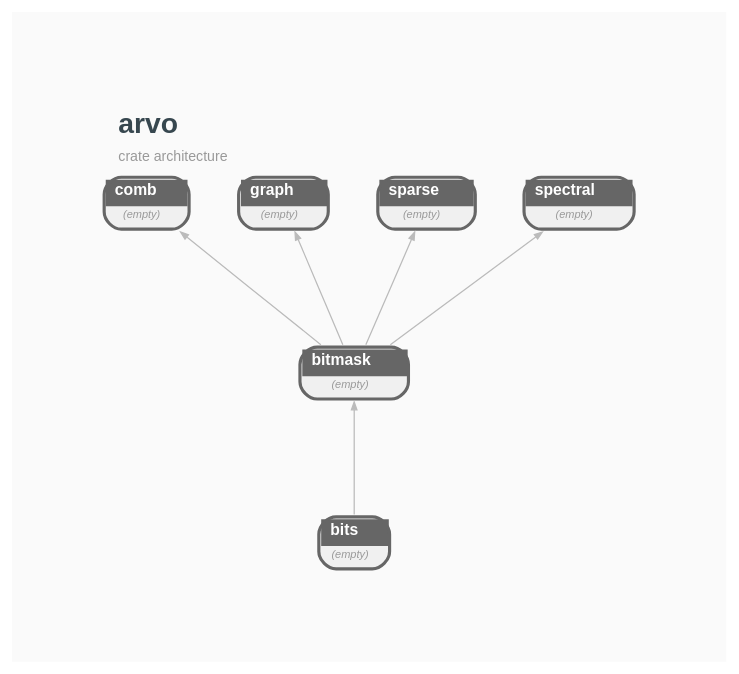
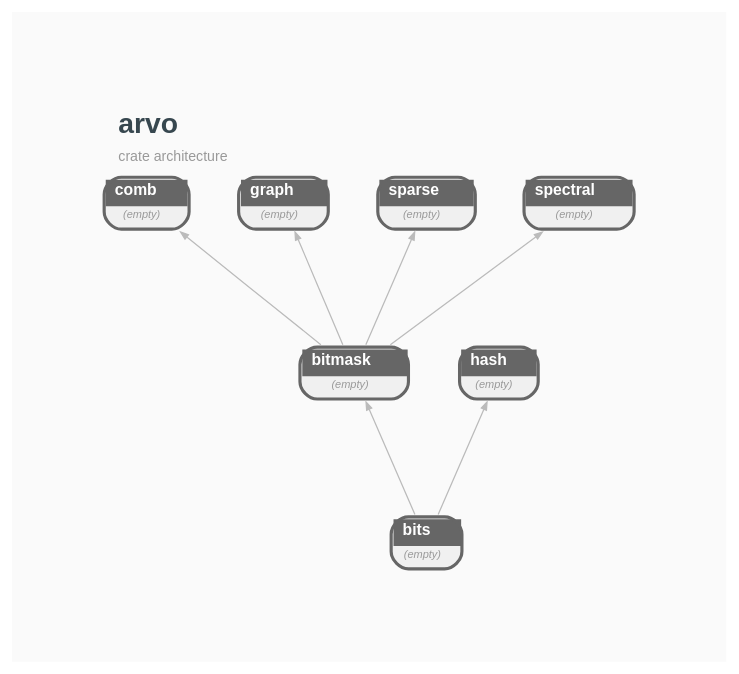
The diagram in docs/STRUCTURE.GRAPH.dot (orgrinrt/arvo), drawn with Graphviz before and after one commit. The commit also changed 162 other files, not shown here.

```diff
--- a/docs/STRUCTURE.GRAPH.dot
+++ b/docs/STRUCTURE.GRAPH.dot
@@ -1,39 +1,41 @@
 // AUTO-GENERATED — DO NOT EDIT DIRECTLY
 //
 // Generated by: mockspace (mock)
-// Generated at: 2026-04-20T09:01:46Z
+// Generated at: 2026-04-20T18:55:06Z
 // Source: mock/
 // To regenerate: cargo mock
 
 digraph arvo {
     rankdir=BT;
     newrank=true;
     bgcolor="#FAFAFA";
     graph [fontname="Helvetica", fontsize=10, pad=0.8, nodesep=0.4, ranksep=1.0];
     node [fontname="Helvetica", fontsize=8];
     edge [fontname="Helvetica", fontsize=7, color="#BBBBBB", arrowsize=0.5, penwidth=0.8];
 
     labelloc=t;
     labeljust=l;
     label=<<TABLE BORDER="0" CELLBORDER="0" CELLSPACING="0"><TR><TD ALIGN="LEFT"><FONT POINT-SIZE="18" COLOR="#37474F"><B>arvo</B></FONT></TD></TR><TR><TD ALIGN="LEFT"><FONT POINT-SIZE="9" COLOR="#999999">crate architecture</FONT></TD></TR></TABLE>>;
 
     arvo_bitmask [shape=none, margin=0, label=<<TABLE BORDER="2" CELLBORDER="0" CELLSPACING="0" CELLPADDING="3" BGCOLOR="#F0F0F0" COLOR="#666666" STYLE="ROUNDED"><TR><TD COLSPAN="2" BGCOLOR="#666666" ALIGN="CENTER"><FONT COLOR="white" POINT-SIZE="10"><B>  bitmask  </B></FONT></TD></TR><TR><TD COLSPAN="2"><FONT COLOR="#999999" POINT-SIZE="7"><I>(empty)</I></FONT></TD></TR></TABLE>>];
     arvo_bits [shape=none, margin=0, label=<<TABLE BORDER="2" CELLBORDER="0" CELLSPACING="0" CELLPADDING="3" BGCOLOR="#F0F0F0" COLOR="#666666" STYLE="ROUNDED"><TR><TD COLSPAN="2" BGCOLOR="#666666" ALIGN="CENTER"><FONT COLOR="white" POINT-SIZE="10"><B>  bits  </B></FONT></TD></TR><TR><TD COLSPAN="2"><FONT COLOR="#999999" POINT-SIZE="7"><I>(empty)</I></FONT></TD></TR></TABLE>>];
     arvo_comb [shape=none, margin=0, label=<<TABLE BORDER="2" CELLBORDER="0" CELLSPACING="0" CELLPADDING="3" BGCOLOR="#F0F0F0" COLOR="#666666" STYLE="ROUNDED"><TR><TD COLSPAN="2" BGCOLOR="#666666" ALIGN="CENTER"><FONT COLOR="white" POINT-SIZE="10"><B>  comb  </B></FONT></TD></TR><TR><TD COLSPAN="2"><FONT COLOR="#999999" POINT-SIZE="7"><I>(empty)</I></FONT></TD></TR></TABLE>>];
     arvo_graph [shape=none, margin=0, label=<<TABLE BORDER="2" CELLBORDER="0" CELLSPACING="0" CELLPADDING="3" BGCOLOR="#F0F0F0" COLOR="#666666" STYLE="ROUNDED"><TR><TD COLSPAN="2" BGCOLOR="#666666" ALIGN="CENTER"><FONT COLOR="white" POINT-SIZE="10"><B>  graph  </B></FONT></TD></TR><TR><TD COLSPAN="2"><FONT COLOR="#999999" POINT-SIZE="7"><I>(empty)</I></FONT></TD></TR></TABLE>>];
+    arvo_hash [shape=none, margin=0, label=<<TABLE BORDER="2" CELLBORDER="0" CELLSPACING="0" CELLPADDING="3" BGCOLOR="#F0F0F0" COLOR="#666666" STYLE="ROUNDED"><TR><TD COLSPAN="2" BGCOLOR="#666666" ALIGN="CENTER"><FONT COLOR="white" POINT-SIZE="10"><B>  hash  </B></FONT></TD></TR><TR><TD COLSPAN="2"><FONT COLOR="#999999" POINT-SIZE="7"><I>(empty)</I></FONT></TD></TR></TABLE>>];
     arvo_sparse [shape=none, margin=0, label=<<TABLE BORDER="2" CELLBORDER="0" CELLSPACING="0" CELLPADDING="3" BGCOLOR="#F0F0F0" COLOR="#666666" STYLE="ROUNDED"><TR><TD COLSPAN="2" BGCOLOR="#666666" ALIGN="CENTER"><FONT COLOR="white" POINT-SIZE="10"><B>  sparse  </B></FONT></TD></TR><TR><TD COLSPAN="2"><FONT COLOR="#999999" POINT-SIZE="7"><I>(empty)</I></FONT></TD></TR></TABLE>>];
     arvo_spectral [shape=none, margin=0, label=<<TABLE BORDER="2" CELLBORDER="0" CELLSPACING="0" CELLPADDING="3" BGCOLOR="#F0F0F0" COLOR="#666666" STYLE="ROUNDED"><TR><TD COLSPAN="2" BGCOLOR="#666666" ALIGN="CENTER"><FONT COLOR="white" POINT-SIZE="10"><B>  spectral  </B></FONT></TD></TR><TR><TD COLSPAN="2"><FONT COLOR="#999999" POINT-SIZE="7"><I>(empty)</I></FONT></TD></TR></TABLE>>];
 
     { rank=same; arvo_bits; } // depth 1
-    { rank=same; arvo_bitmask; } // depth 2
+    { rank=same; arvo_bitmask; arvo_hash; } // depth 2
     { rank=same; arvo_comb; arvo_graph; arvo_sparse; arvo_spectral; } // depth 3
 
 
     // Dependency edges (transitively reduced)
     arvo_bits -> arvo_bitmask;
     arvo_bitmask -> arvo_comb;
     arvo_bitmask -> arvo_graph;
+    arvo_bits -> arvo_hash;
     arvo_bitmask -> arvo_sparse;
     arvo_bitmask -> arvo_spectral;
 
 }
```
